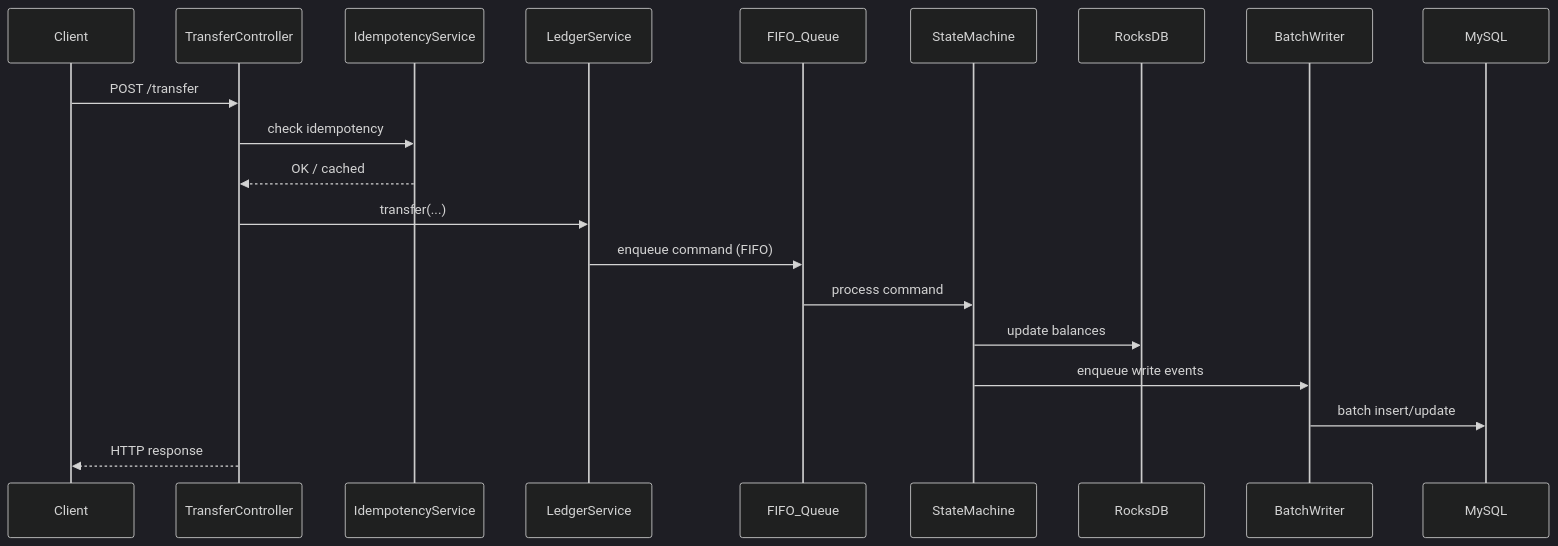
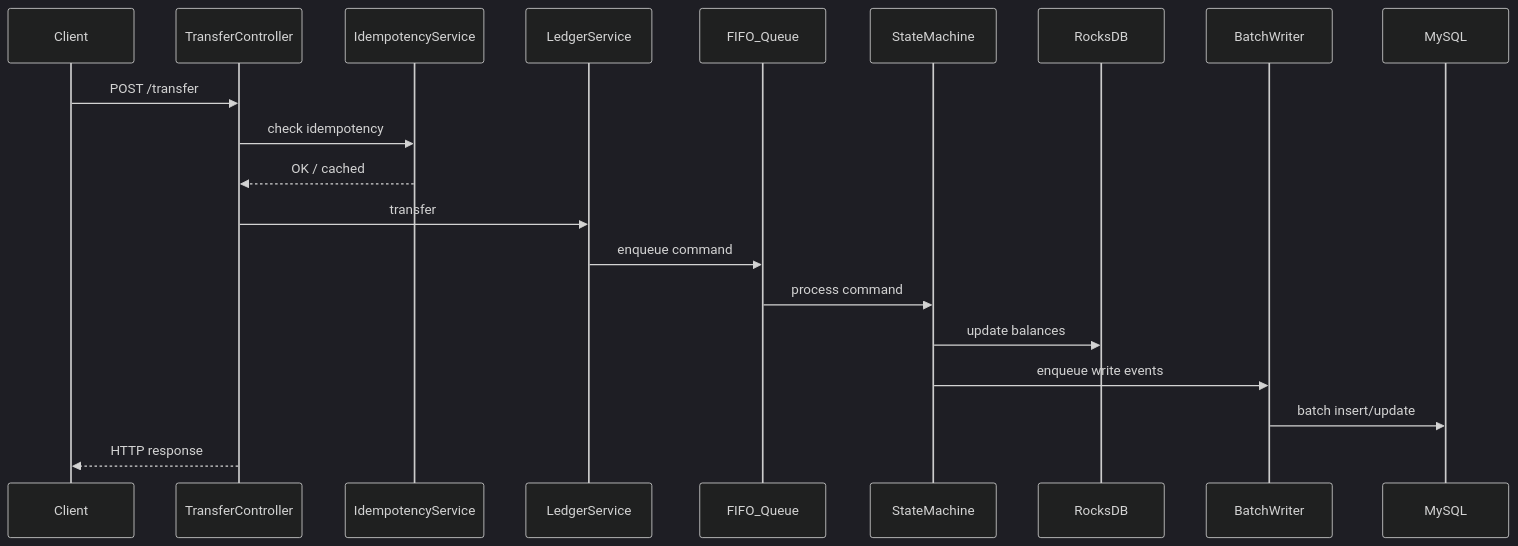
The first of 7 diagrams in LOGIC_FLOW.md (hungchai/jraft_ledger), drawn with Mermaid (dark theme) before and after one commit. The commit also changed other lines of this file and 1 other file, not shown here.

````diff
--- a/LOGIC_FLOW.md
+++ b/LOGIC_FLOW.md
@@ -23,23 +23,23 @@
 ```mermaid
 sequenceDiagram
     participant CL as Client
     participant API as TransferController
     participant IDE as IdempotencyService
     participant SVC as LedgerService
     participant QUE as FIFO_Queue
     participant STM as StateMachine
     participant RDB as RocksDB
     participant BMW as BatchWriter
     participant SQL as MySQL
 
     CL->>API: POST /transfer
     API->>IDE: check idempotency
     IDE-->>API: OK / cached
-    API->>SVC: transfer(...)
-    SVC->>QUE: enqueue command (FIFO)
+    API->>SVC: transfer
+    SVC->>QUE: enqueue command
     QUE->>STM: process command
     STM->>RDB: update balances
     STM->>BMW: enqueue write events
     BMW->>SQL: batch insert/update
     API-->>CL: HTTP response
 ```
````
